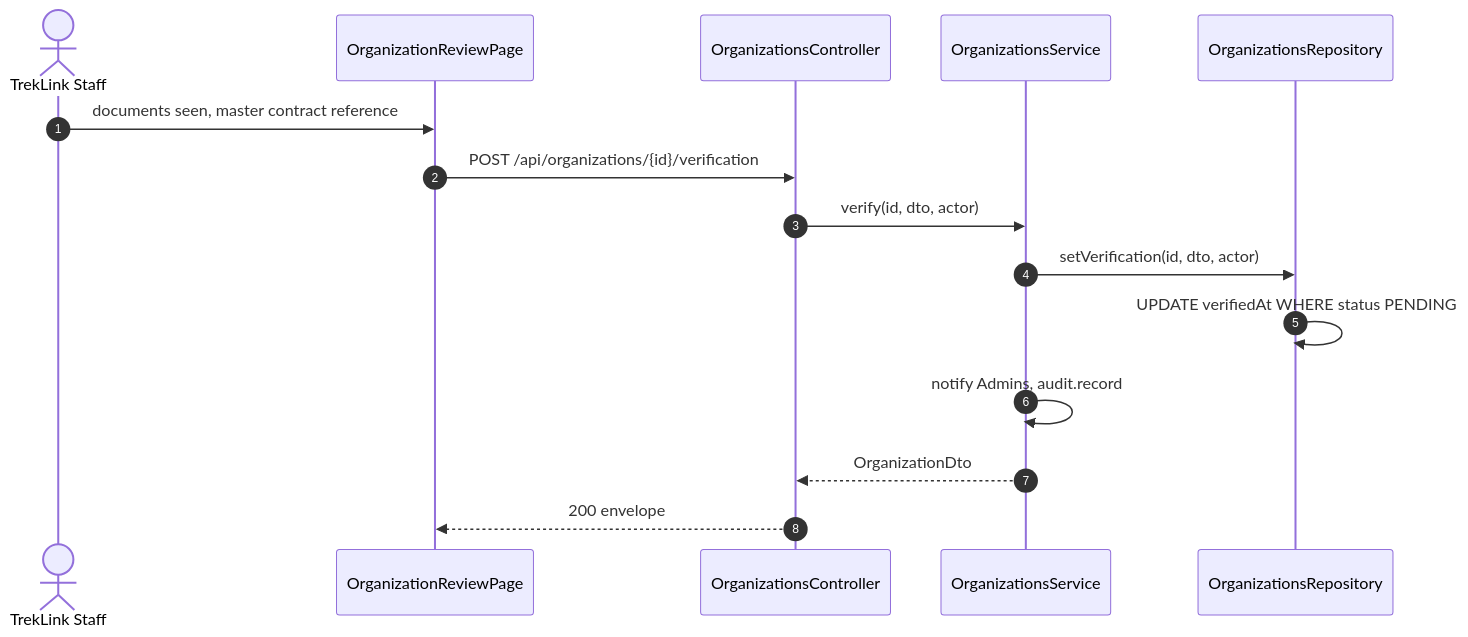
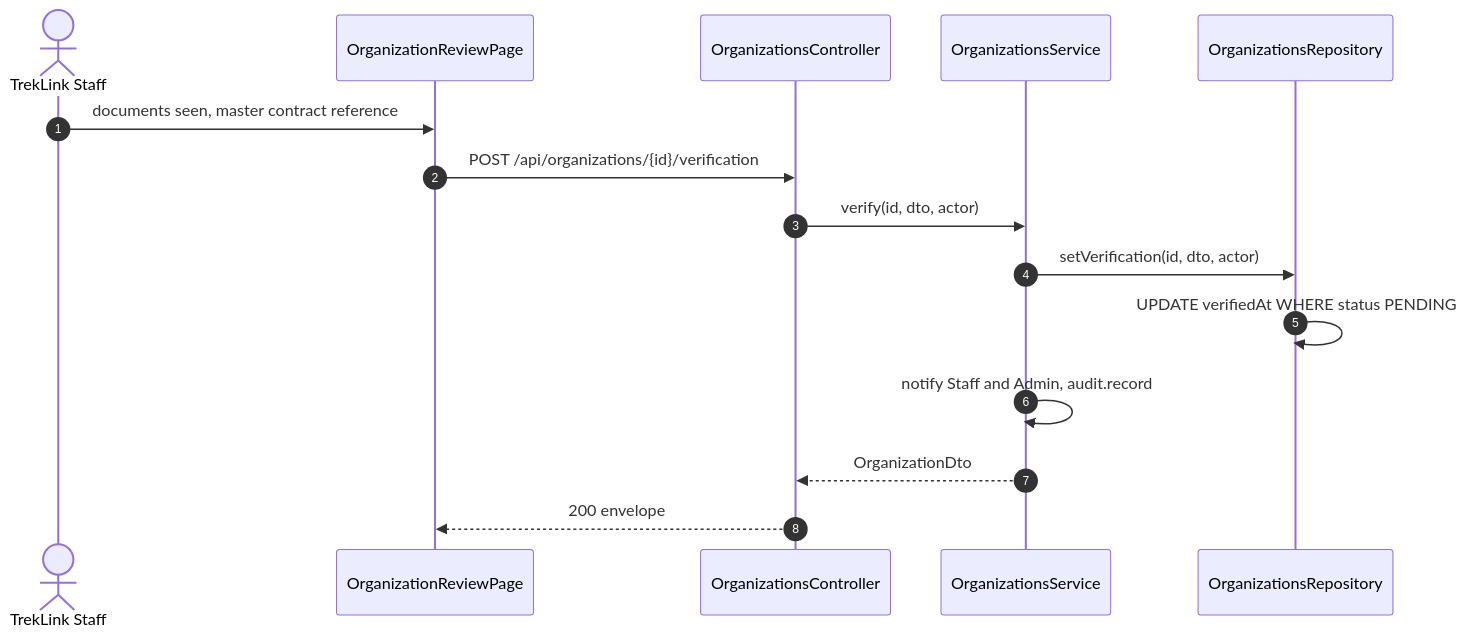
One commit to TrekLink-Team/treklink-web changed the sixth of 11 diagrams in specs/organizations/design.md. Above: the diagram before and after it, drawn with Mermaid. The commit also changed other lines of this file and 5 other files, not shown here.

````diff
--- a/specs/organizations/design.md
+++ b/specs/organizations/design.md
@@ -302,17 +302,17 @@
 ```mermaid
 sequenceDiagram
     autonumber
     actor St as TrekLink Staff
     participant P as OrganizationReviewPage
     participant C as OrganizationsController
     participant S as OrganizationsService
     participant R as OrganizationsRepository
     St->>P: documents seen, master contract reference
     P->>C: POST /api/organizations/{id}/verification
     C->>S: verify(id, dto, actor)
     S->>R: setVerification(id, dto, actor)
     R->>R: UPDATE verifiedAt WHERE status PENDING
-    S->>S: notify Admins, audit.record
+    S->>S: notify Staff and Admin, audit.record
     S-->>C: OrganizationDto
     C-->>P: 200 envelope
 ```
````
